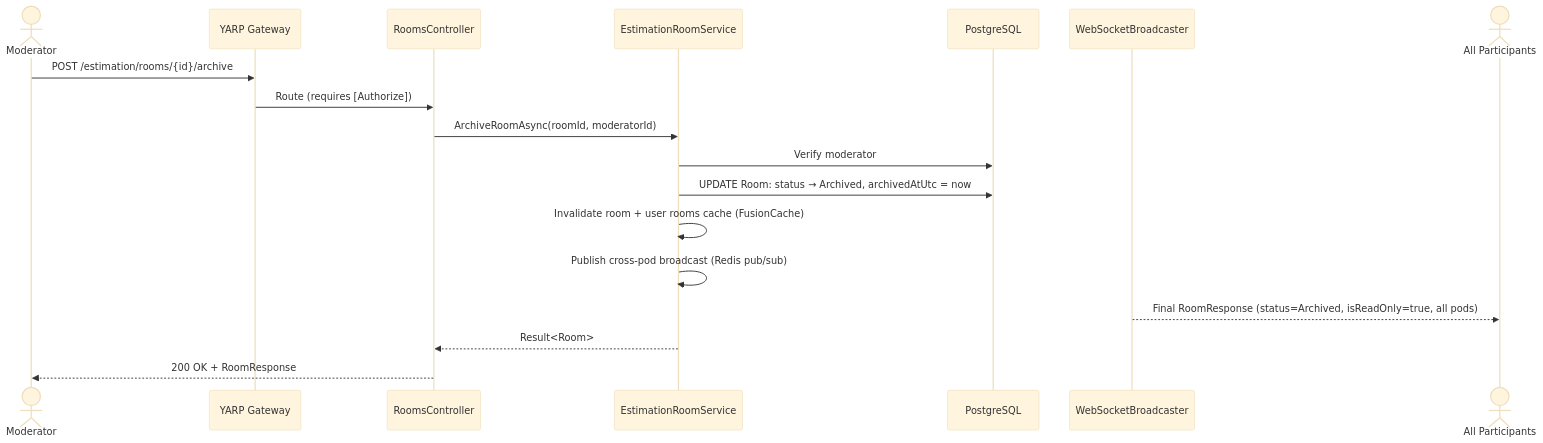
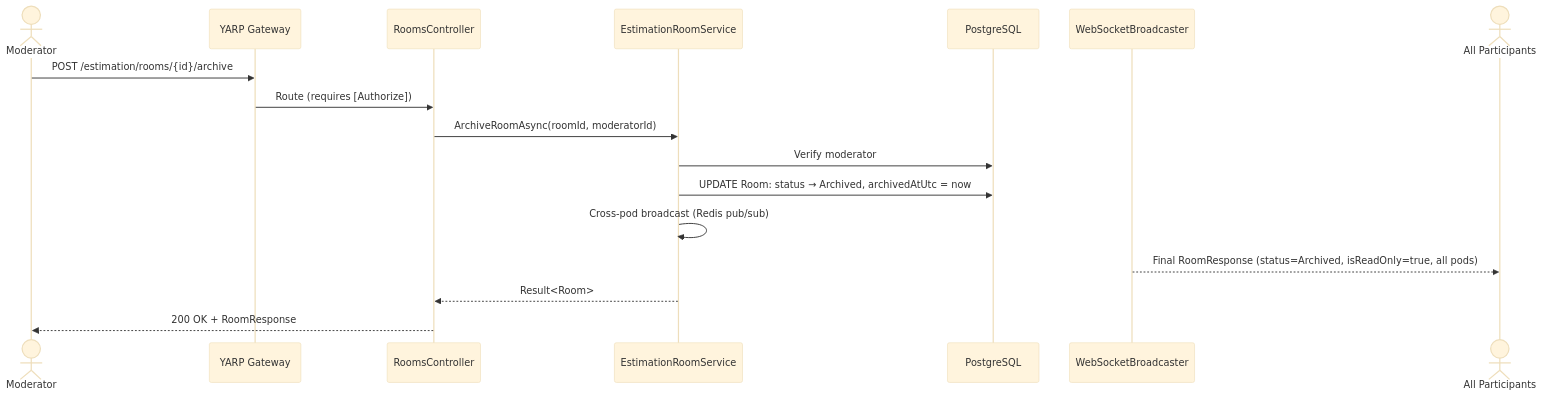
Before and after one commit to HeliosPersonal/overflow: the sixth of 11 diagrams in Overflow.EstimationService/README.md, drawn with Mermaid (base theme). The commit also changed other lines of this file and 13 other files, not shown here.

Commit message:
refactor: simplify room state management by removing cache invalidation and directly broadcasting updates via Redis

````diff
--- a/Overflow.EstimationService/README.md
+++ b/Overflow.EstimationService/README.md
@@ -338,21 +333,20 @@
 ```mermaid
 sequenceDiagram
     actor Mod as Moderator
     participant GW as YARP Gateway
     participant EC as RoomsController
     participant SVC as EstimationRoomService
     participant DB as PostgreSQL
     participant WS as WebSocketBroadcaster
     actor Others as All Participants
 
     Mod->>GW: POST /estimation/rooms/{id}/archive
     GW->>EC: Route (requires [Authorize])
     EC->>SVC: ArchiveRoomAsync(roomId, moderatorId)
     SVC->>DB: Verify moderator
     SVC->>DB: UPDATE Room: status → Archived, archivedAtUtc = now
-    SVC->>SVC: Invalidate room + user rooms cache (FusionCache)
-    SVC->>SVC: Publish cross-pod broadcast (Redis pub/sub)
+    SVC->>SVC: Cross-pod broadcast (Redis pub/sub)
     WS-->>Others: Final RoomResponse (status=Archived, isReadOnly=true, all pods)
     SVC-->>EC: Result<Room>
     EC-->>Mod: 200 OK + RoomResponse
 ```
````
